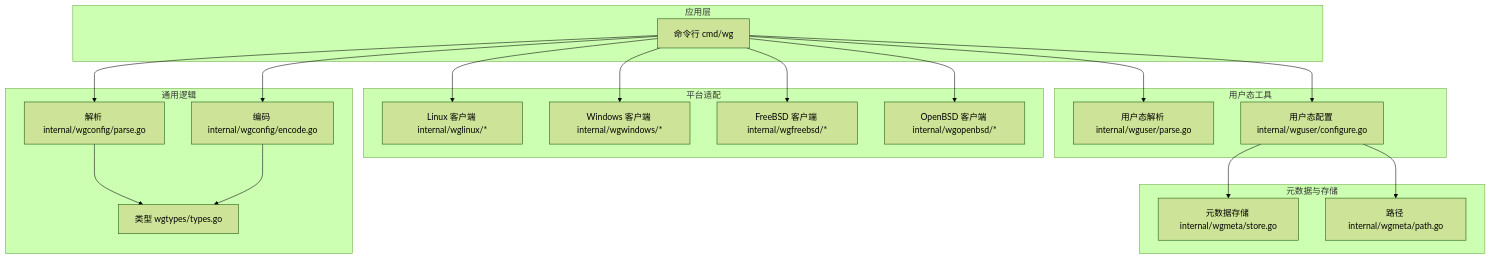
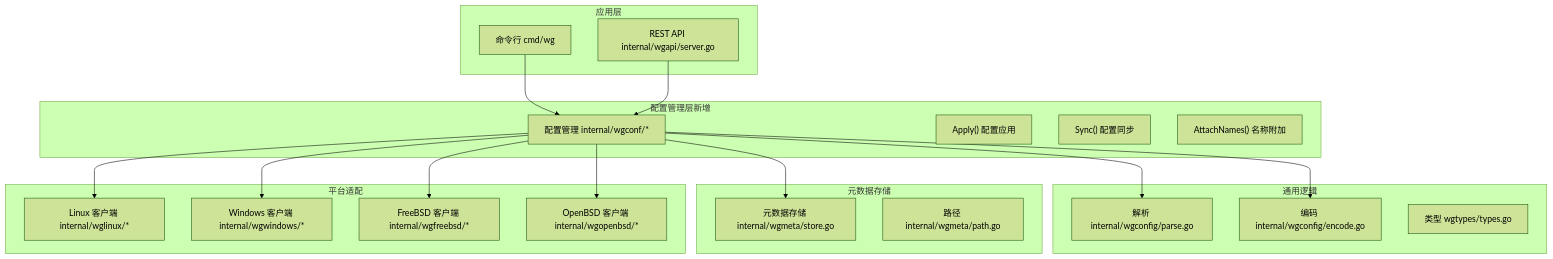
The first of 6 diagrams in .qoder/repowiki/zh/content/配置管理/配置管理.md (tea4go/wgctrl-go), drawn with Mermaid (forest theme) before and after one commit. The commit also changed other lines of this file and 11 other files, not shown here.

````diff
--- a/.qoder/repowiki/zh/content/配置管理/配置管理.md
+++ b/.qoder/repowiki/zh/content/配置管理/配置管理.md
@@ -47,37 +60,37 @@
 ```mermaid
 graph TB
 subgraph "应用层"
 CLI["命令行 cmd/wg"]
+API["REST API internal/wgapi/server.go"]
+end
+subgraph "配置管理层新增"
+WGConf["配置管理 internal/wgconf/*"]
+Apply["Apply() 配置应用"]
+Sync["Sync() 配置同步"]
+AttachNames["AttachNames() 名称附加"]
 end
 subgraph "通用逻辑"
 Parse["解析 internal/wgconfig/parse.go"]
 Encode["编码 internal/wgconfig/encode.go"]
 Types["类型 wgtypes/types.go"]
+end
+subgraph "元数据存储"
+Store["元数据存储 internal/wgmeta/store.go"]
+Path["路径 internal/wgmeta/path.go"]
 end
 subgraph "平台适配"
 Linux["Linux 客户端 internal/wglinux/*"]
 Windows["Windows 客户端 internal/wgwindows/*"]
 FreeBSD["FreeBSD 客户端 internal/wgfreebsd/*"]
 OpenBSD["OpenBSD 客户端 internal/wgopenbsd/*"]
 end
-subgraph "用户态工具"
-UserParse["用户态解析 internal/wguser/parse.go"]
-UserCfg["用户态配置 internal/wguser/configure.go"]
-end
-subgraph "元数据与存储"
-Store["元数据存储 internal/wgmeta/store.go"]
-Path["路径 internal/wgmeta/path.go"]
-end
-CLI --> Parse
-CLI --> Encode
-Parse --> Types
-Encode --> Types
-CLI --> UserParse
-CLI --> UserCfg
-UserCfg --> Store
-UserCfg --> Path
-CLI --> Linux
-CLI --> Windows
-CLI --> FreeBSD
-CLI --> OpenBSD
+CLI --> WGConf
+API --> WGConf
+WGConf --> Parse
+WGConf --> Encode
+WGConf --> Store
+WGConf --> Linux
+WGConf --> Windows
+WGConf --> FreeBSD
+WGConf --> OpenBSD
 ```
````
